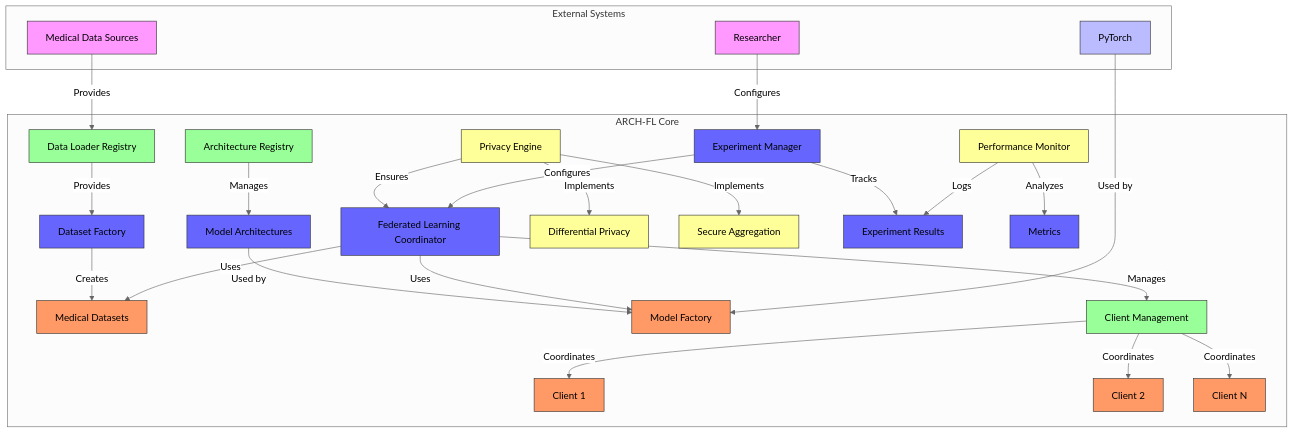
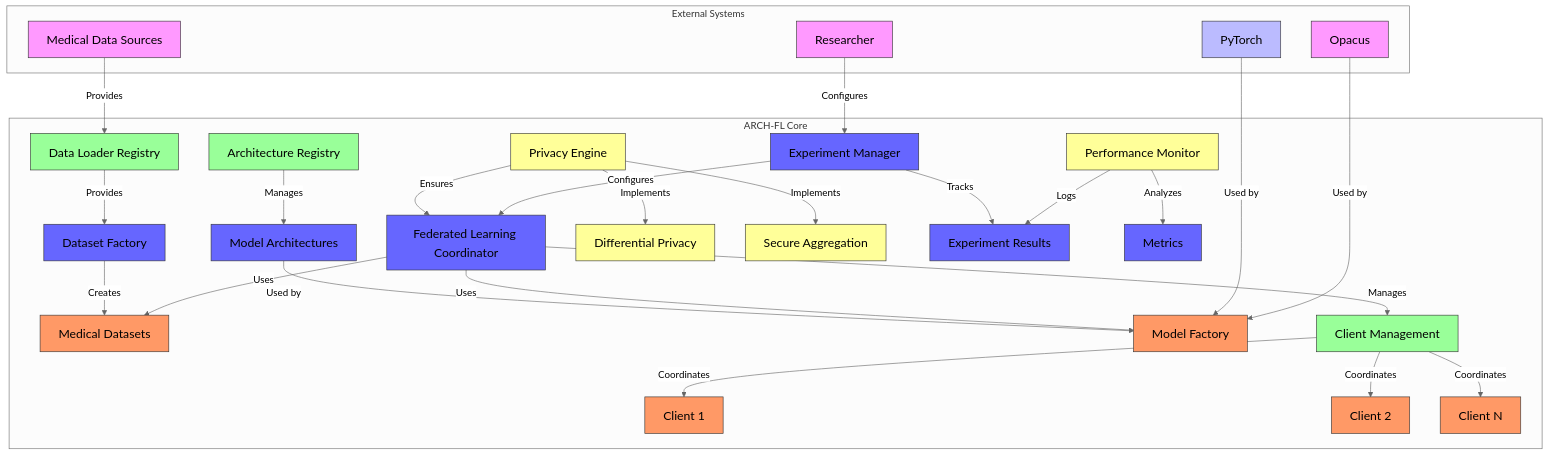
The diagram in dashboard/docs/diagrams/arch-fl-core.md (skye-cyber/ARCH-FL), drawn with Mermaid (neutral theme) before and after one commit. The commit also changed 1 other file, not shown here.

Commit message:
Add full architecture view

````diff
--- a/dashboard/docs/diagrams/arch-fl-core.md
+++ b/dashboard/docs/diagrams/arch-fl-core.md
@@ -5,56 +5,59 @@
 ```mermaid
 graph TD
     subgraph ARCH-FL Core
         A[Data Loader Registry] -->|Provides| B[Dataset Factory]
         B -->|Creates| C[Medical Datasets]
 
         D[Architecture Registry] -->|Manages| E[Model Architectures]
         E -->|Used by| F[Model Factory]
 
         G[Federated Learning Coordinator] -->|Uses| C
         G -->|Uses| F
         G -->|Manages| H[Client Management]
 
         H -->|Coordinates| I[Client 1]
         H -->|Coordinates| J[Client 2]
         H -->|Coordinates| K[Client N]
 
         L[Privacy Engine] -->|Ensures| G
         L -->|Implements| M[Differential Privacy]
         L -->|Implements| N[Secure Aggregation]
 
         O[Experiment Manager] -->|Configures| G
         O -->|Tracks| P[Experiment Results]
 
         Q[Performance Monitor] -->|Logs| P
         Q -->|Analyzes| R[Metrics]
     end
 
     subgraph External Systems
         S[Medical Data Sources] -->|Provides| A
         T[PyTorch] -->|Used by| F
+        W[Opacus] -->|Used by| F
         U[Researcher] -->|Configures| O
     end
 
-    style A fill:#9f9,stroke:#333
-    style B fill:#66f,stroke:#333
-    style C fill:#f96,stroke:#333
-    style D fill:#9f9,stroke:#333
-    style E fill:#66f,stroke:#333
-    style F fill:#f96,stroke:#333
-    style G fill:#66f,stroke:#333
-    style H fill:#9f9,stroke:#333
-    style I fill:#f96,stroke:#333
-    style J fill:#f96,stroke:#333
-    style K fill:#f96,stroke:#333
-    style L fill:#ff9,stroke:#333
-    style M fill:#ff9,stroke:#333
-    style N fill:#ff9,stroke:#333
-    style O fill:#66f,stroke:#333
-    style P fill:#66f,stroke:#333
-    style Q fill:#ff9,stroke:#333
-    style R fill:#66f,stroke:#333
-    style S fill:#f9f,stroke:#333
-    style T fill:#bbf,stroke:#333
-    style U fill:#f9f,stroke:#333
+    style A fill:#9f9,stroke:#333,font-size:20px;
+    style B fill:#66f,stroke:#333,font-size:20px;
+    style C fill:#f96,stroke:#333,font-size:20px;
+    style D fill:#9f9,stroke:#333,font-size:20px;
+    style E fill:#66f,stroke:#333,font-size:20px;
+    style F fill:#f96,stroke:#333,font-size:20px;
+    style G fill:#66f,stroke:#333,font-size:20px;
+    style H fill:#9f9,stroke:#333,font-size:20px;
+    style I fill:#f96,stroke:#333,font-size:20px;
+    style J fill:#f96,stroke:#333,font-size:20px;
+    style K fill:#f96,stroke:#333,font-size:20px;
+    style L fill:#ff9,stroke:#333,font-size:20px;
+    style M fill:#ff9,stroke:#333,font-size:20px;
+    style N fill:#ff9,stroke:#333,font-size:20px;
+    style O fill:#66f,stroke:#333,font-size:20px;
+    style P fill:#66f,stroke:#333,font-size:20px;
+    style Q fill:#ff9,stroke:#333,font-size:20px;
+    style R fill:#66f,stroke:#333,font-size:20px;
+    style S fill:#f9f,stroke:#333,font-size:20px;
+    style T fill:#bbf,stroke:#333,font-size:20px;
+    style U fill:#f9f,stroke:#333,font-size:20px;
+    style W fill:#f9f,stroke:#333,font-size:20px;
+
 ```
````
